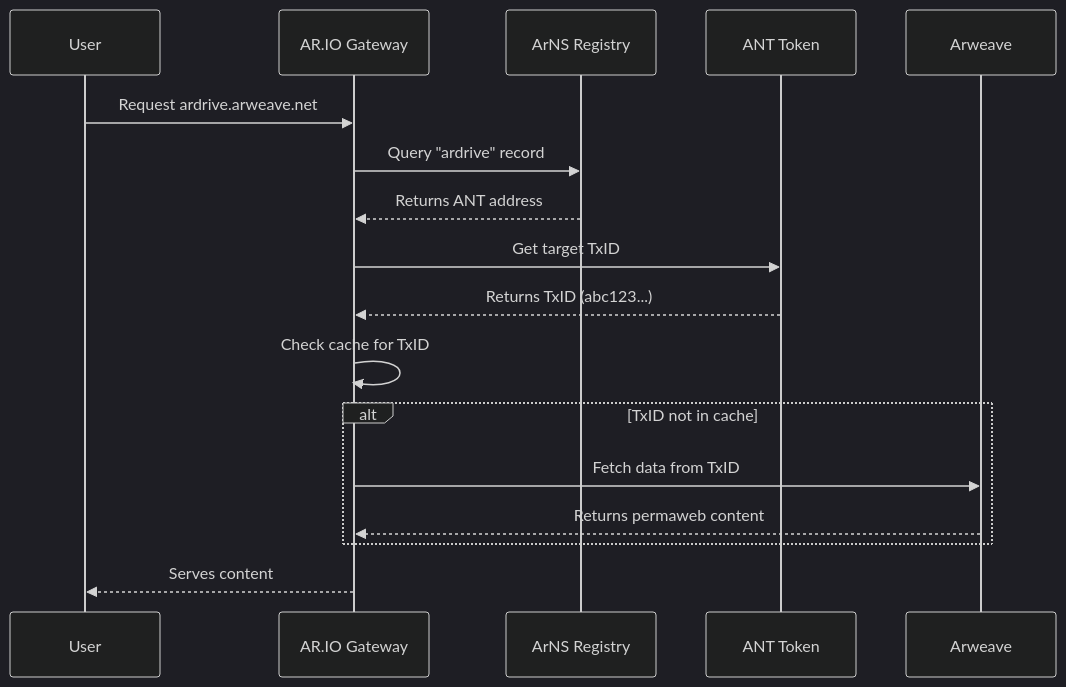
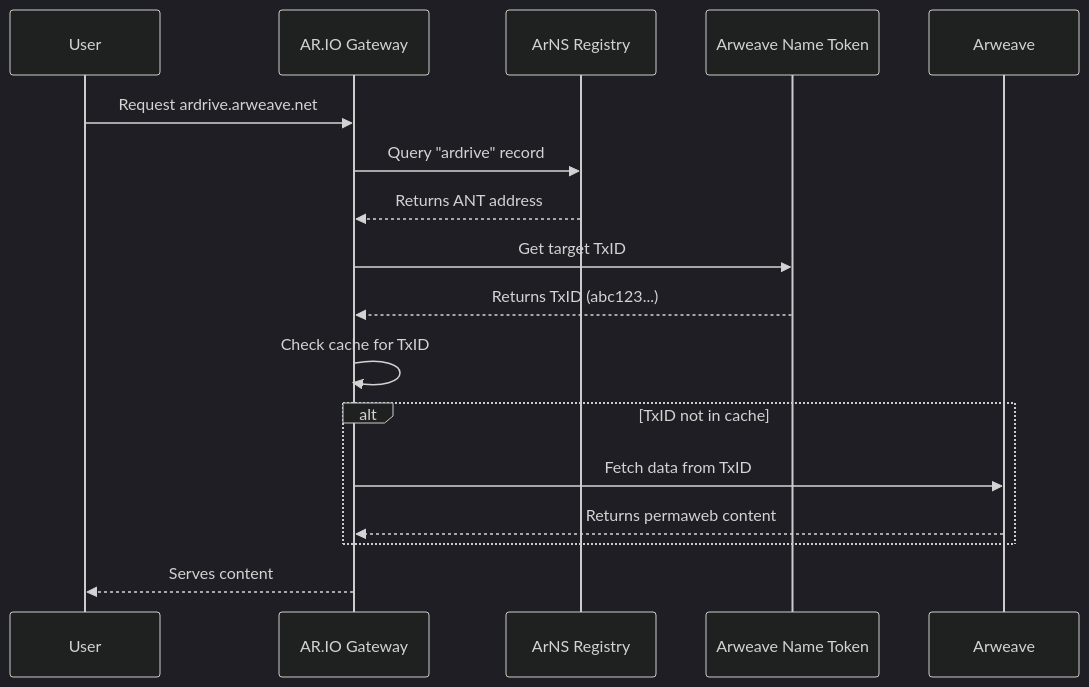
One commit to ar-io/docs changed the second of 2 diagrams in content/learn/arns/index.mdx. Above: the diagram before and after it, drawn with Mermaid (dark theme). The commit also changed other lines of this file and 5 other files, not shown here.

Commit message:
chore: updated references to "ANT Tokens" to Arweave Name Tokens or ANTs

````diff
--- a/content/learn/arns/index.mdx
+++ b/content/learn/arns/index.mdx
@@ -66,20 +66,20 @@
 ```mermaid
 sequenceDiagram
     participant User
     participant Gateway as AR.IO Gateway
     participant Registry as ArNS Registry
-    participant ANT as ANT Token
+    participant ANT as Arweave Name Token
     participant Arweave
-    
+
     User->>Gateway: Request ardrive.arweave.net
     Gateway->>Registry: Query "ardrive" record
     Registry-->>Gateway: Returns ANT address
     Gateway->>ANT: Get target TxID
     ANT-->>Gateway: Returns TxID (abc123...)
     Gateway->>Gateway: Check cache for TxID
     alt TxID not in cache
         Gateway->>Arweave: Fetch data from TxID
         Arweave-->>Gateway: Returns permaweb content
     end
     Gateway-->>User: Serves content
 ```
````
